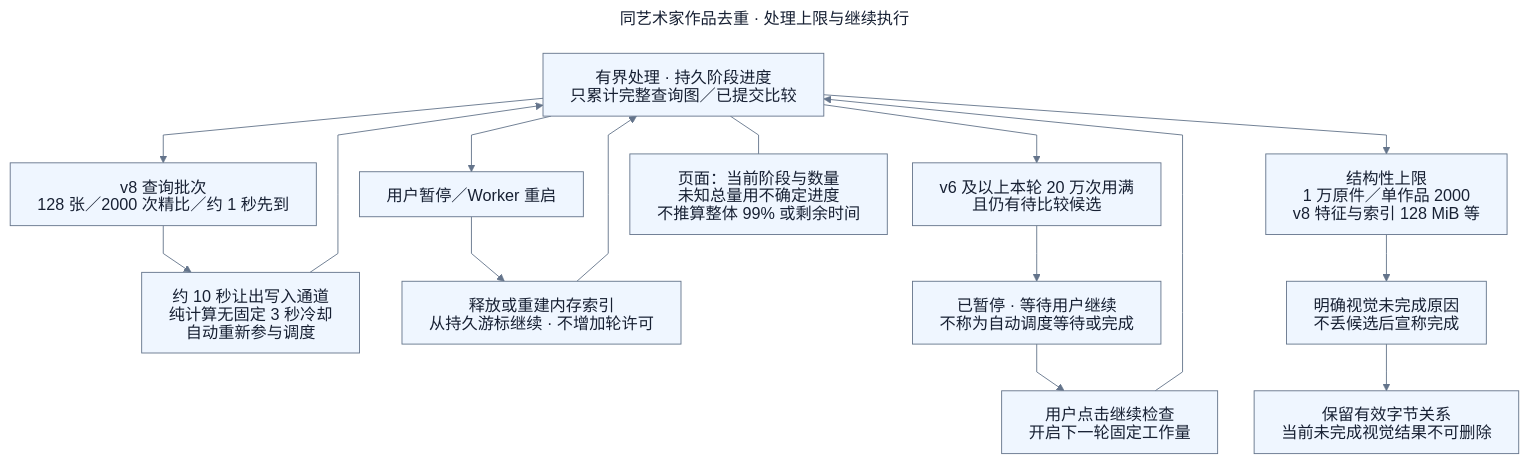
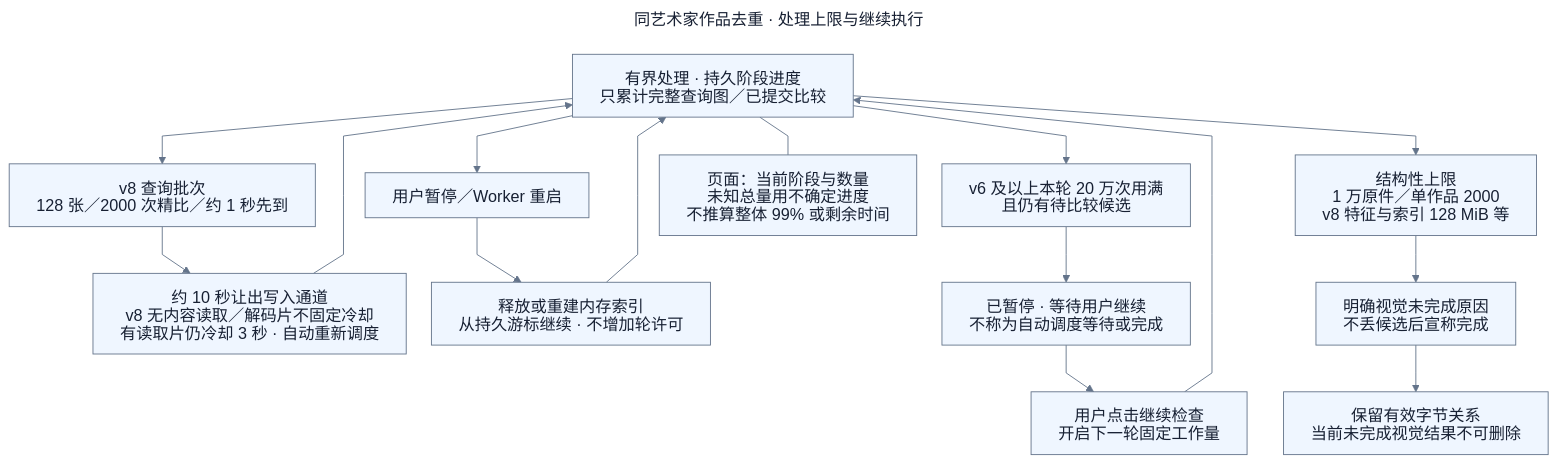
One commit to namehu/PixiShelf changed the diagram in docs/diagrams/features/artwork-deduplication/processing-limits.mmd. Above: the diagram before and after it, drawn with Mermaid. The commit also changed 34 other files, not shown here.

```diff
--- a/docs/diagrams/features/artwork-deduplication/processing-limits.mmd
+++ b/docs/diagrams/features/artwork-deduplication/processing-limits.mmd
@@ -1,40 +1,40 @@
 ---
 config:
   theme: base
   htmlLabels: false
   themeVariables:
     fontFamily: 'Arial, PingFang SC, Microsoft YaHei, sans-serif'
     fontSize: 18px
     background: '#ffffff'
     primaryColor: '#eff6ff'
     primaryTextColor: '#172033'
     primaryBorderColor: '#64748b'
     lineColor: '#64748b'
     secondaryColor: '#f0fdf4'
     tertiaryColor: '#fff7ed'
   flowchart:
     htmlLabels: false
     curve: linear
     nodeSpacing: 28
     rankSpacing: 42
     wrappingWidth: 340
 title: 同艺术家作品去重 · 处理上限与继续执行
 ---
 flowchart TB
   P01[有界处理 · 持久阶段进度<br/>只累计完整查询图／已提交比较]
   P02[v8 查询批次<br/>128 张／2000 次精比／约 1 秒先到]
-  P03[约 10 秒让出写入通道<br/>纯计算无固定 3 秒冷却<br/>自动重新参与调度]
+  P03[约 10 秒让出写入通道<br/>v8 无内容读取／解码片不固定冷却<br/>有读取片仍冷却 3 秒 · 自动重新调度]
   P04[用户暂停／Worker 重启]
   P05[释放或重建内存索引<br/>从持久游标继续 · 不增加轮许可]
   P06[v6 及以上本轮 20 万次用满<br/>且仍有待比较候选]
   P07[已暂停 · 等待用户继续<br/>不称为自动调度等待或完成]
   P08[用户点击继续检查<br/>开启下一轮固定工作量]
   P09[结构性上限<br/>1 万原件／单作品 2000<br/>v8 特征与索引 128 MiB 等]
   P10[明确视觉未完成原因<br/>不丢候选后宣称完成]
   P11[保留有效字节关系<br/>当前未完成视觉结果不可删除]
   P01 --> P02 --> P03 --> P01
   P01 --> P04 --> P05 --> P01
   P01 --> P06 --> P07 --> P08 --> P01
   P01 --> P09 --> P10 --> P11
   P12[页面：当前阶段与数量<br/>未知总量用不确定进度<br/>不推算整体 99% 或剩余时间]
   P01 --- P12
```
